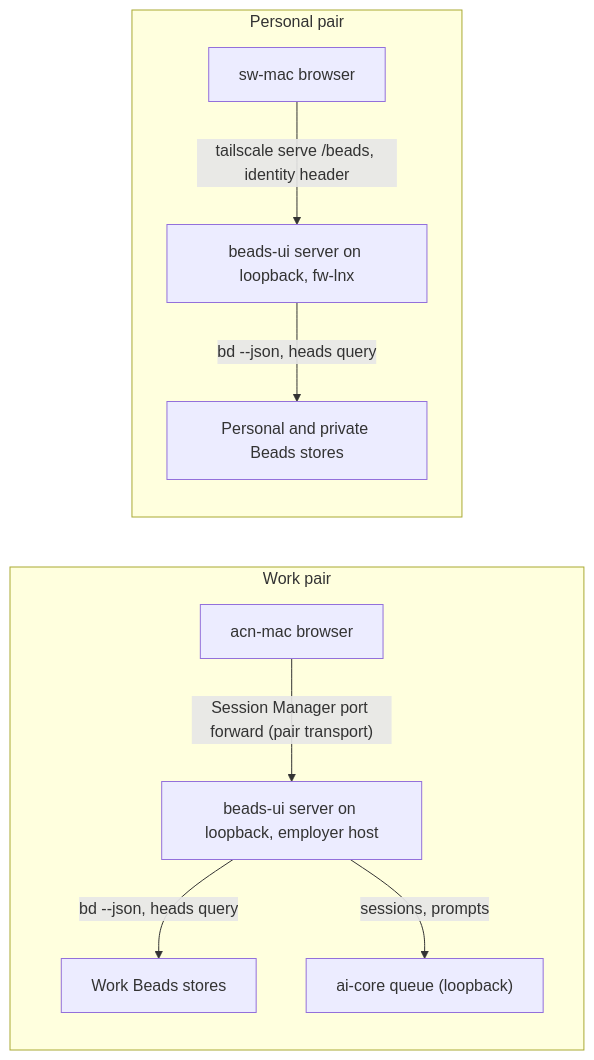
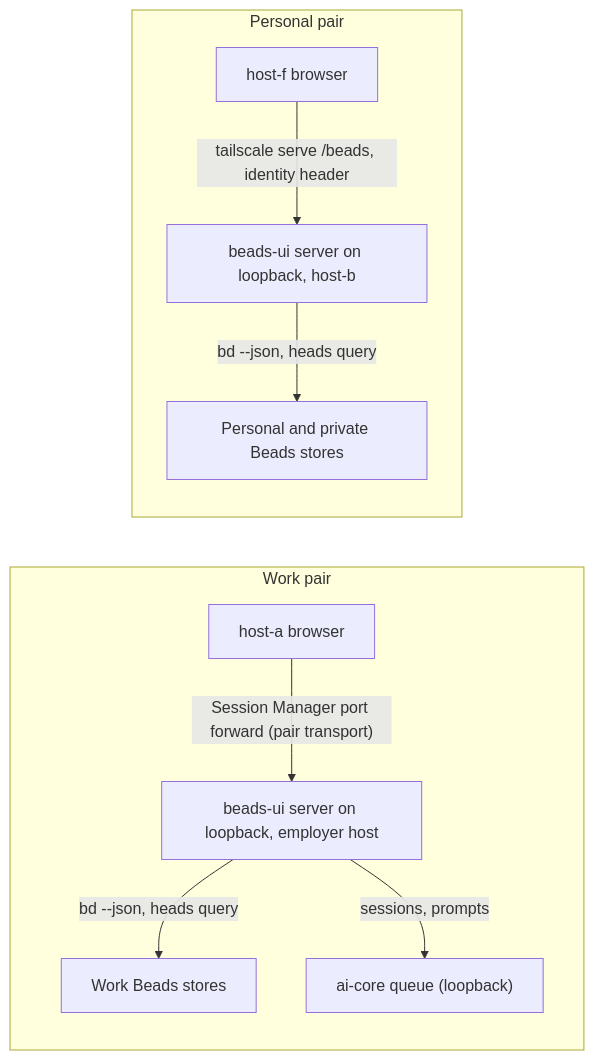
The diagram in docs/research/beads-ui-web-app.md (sergeiwallace/beads-ui), drawn with Mermaid before and after one commit. The commit also changed other lines of this file and 94 other files, not shown here.

````diff
--- a/docs/research/beads-ui-web-app.md
+++ b/docs/research/beads-ui-web-app.md
@@ -248,12 +248,12 @@
 ```mermaid
 flowchart LR
   subgraph work["Work pair"]
-    L1["acn-mac browser"] -->|"Session Manager port forward (pair transport)"| S1["beads-ui server on loopback, employer host"]
+    L1["host-a browser"] -->|"Session Manager port forward (pair transport)"| S1["beads-ui server on loopback, employer host"]
     S1 -->|"bd --json, heads query"| B1["Work Beads stores"]
     S1 -->|"sessions, prompts"| Q1["ai-core queue (loopback)"]
   end
   subgraph personal["Personal pair"]
-    L2["sw-mac browser"] -->|"tailscale serve /beads, identity header"| S2["beads-ui server on loopback, fw-lnx"]
+    L2["host-f browser"] -->|"tailscale serve /beads, identity header"| S2["beads-ui server on loopback, host-b"]
     S2 -->|"bd --json, heads query"| B2["Personal and private Beads stores"]
   end
 ```
````
